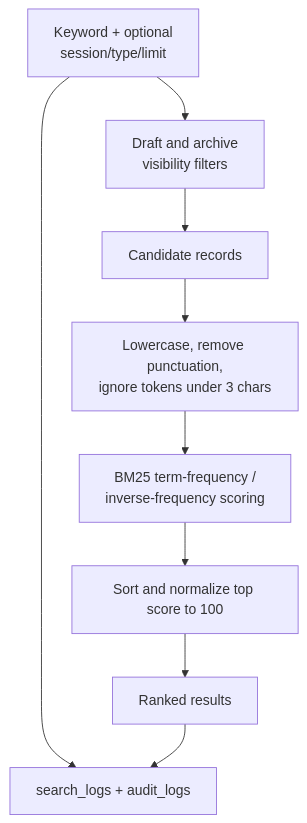
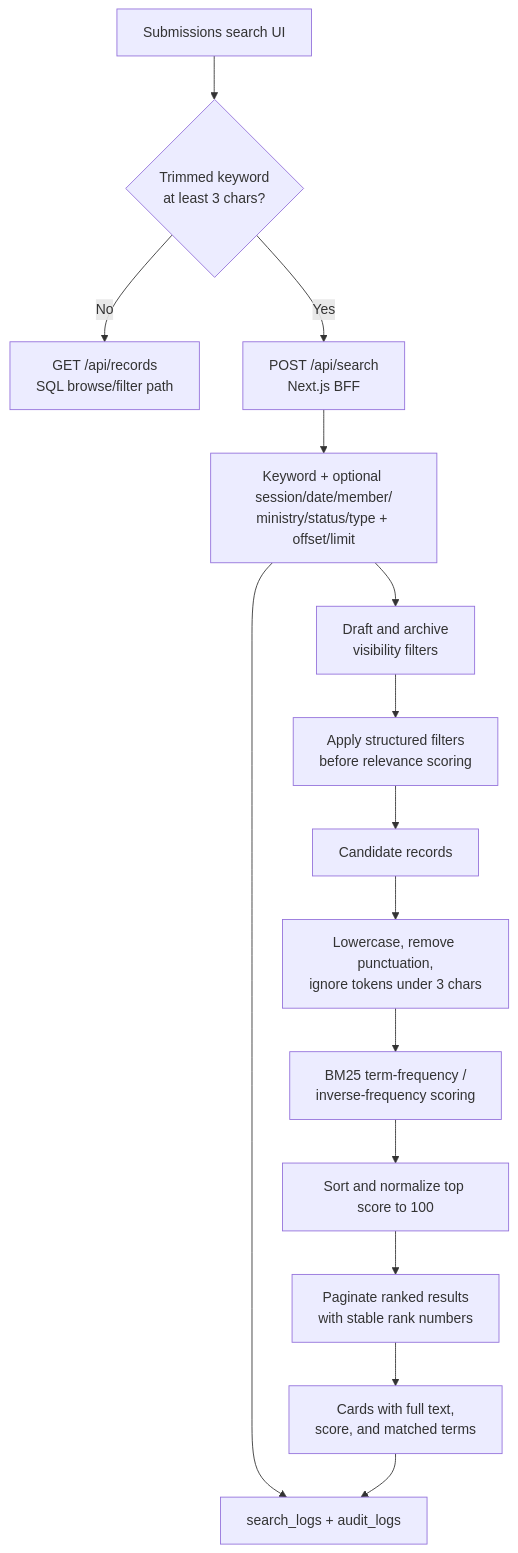
Before and after one commit to brucemainza/NAZ-ORDER-PAPERS-REPO: the eighth of 12 diagrams in docs/system-architecture.md, drawn with Mermaid. The commit also changed other lines of this file and 12 other files, not shown here.

Commit message:
fix: use BM25 for full-content submission search

````diff
--- a/docs/system-architecture.md
+++ b/docs/system-architecture.md
@@ -234,20 +234,32 @@
 ```mermaid
 flowchart TB
-    INPUT["Keyword + optional\nsession/type/limit"]
+    UI["Submissions search UI"]
+    LENGTH{"Trimmed keyword\nat least 3 chars?"}
+    BROWSE["GET /api/records\nSQL browse/filter path"]
+    BFF["POST /api/search\nNext.js BFF"]
+    INPUT["Keyword + optional session/date/member/\nministry/status/type + offset/limit"]
     VIS["Draft and archive\nvisibility filters"]
+    FILTERS["Apply structured filters\nbefore relevance scoring"]
     CANDIDATES["Candidate records"]
     TOKEN["Lowercase, remove punctuation,\nignore tokens under 3 chars"]
     BM25["BM25 term-frequency /\ninverse-frequency scoring"]
     NORMALIZE["Sort and normalize top score to 100"]
+    PAGE["Paginate ranked results\nwith stable rank numbers"]
     LOG["search_logs + audit_logs"]
-    RESULTS["Ranked results"]
+    RESULTS["Cards with full text,\nscore, and matched terms"]
 
+    UI --> LENGTH
+    LENGTH -->|No| BROWSE
+    LENGTH -->|Yes| BFF
+    BFF --> INPUT
     INPUT --> VIS
-    VIS --> CANDIDATES
+    VIS --> FILTERS
+    FILTERS --> CANDIDATES
     CANDIDATES --> TOKEN
     TOKEN --> BM25
     BM25 --> NORMALIZE
-    NORMALIZE --> RESULTS
+    NORMALIZE --> PAGE
+    PAGE --> RESULTS
     INPUT --> LOG
     RESULTS --> LOG
 ```
````
